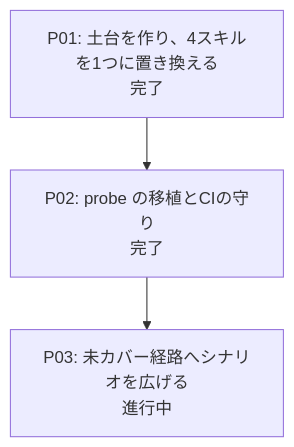
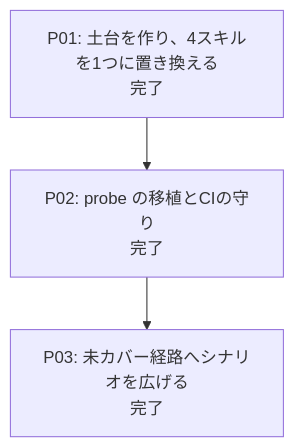
One commit to mochimochiki/mdait changed the diagram in docs/roadmaps/roadmap-v02_lab-consolidation.md. Above: the diagram before and after it, drawn with Mermaid. The commit also changed other lines of this file and 4 other files, not shown here.

````diff
--- a/docs/roadmaps/roadmap-v02_lab-consolidation.md
+++ b/docs/roadmaps/roadmap-v02_lab-consolidation.md
@@ -35,5 +35,5 @@
 ```mermaid
 graph TD
 P01[P01: 土台を作り、4スキルを1つに置き換える<br/>完了] --> P02[P02: probe の移植とCIの守り<br/>完了]
-P02 --> P03[P03: 未カバー経路へシナリオを広げる<br/>進行中]
+P02 --> P03[P03: 未カバー経路へシナリオを広げる<br/>完了]
 ```
````
